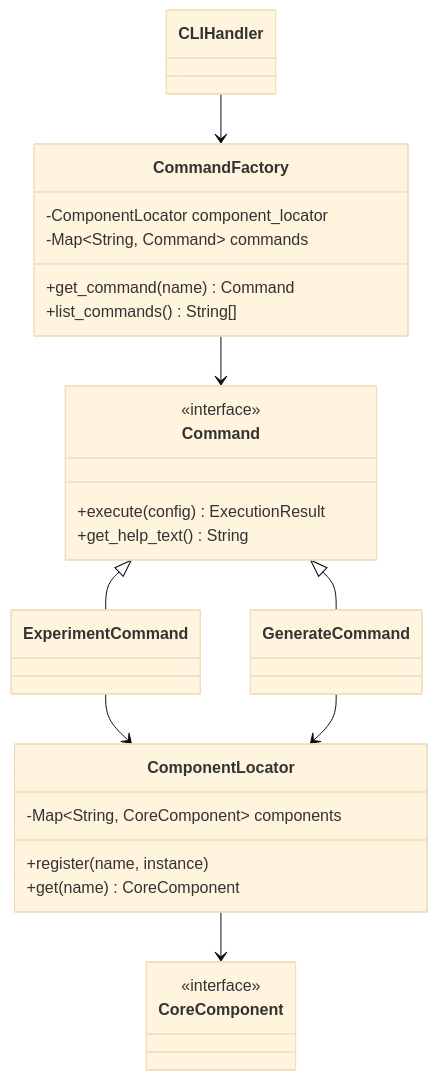
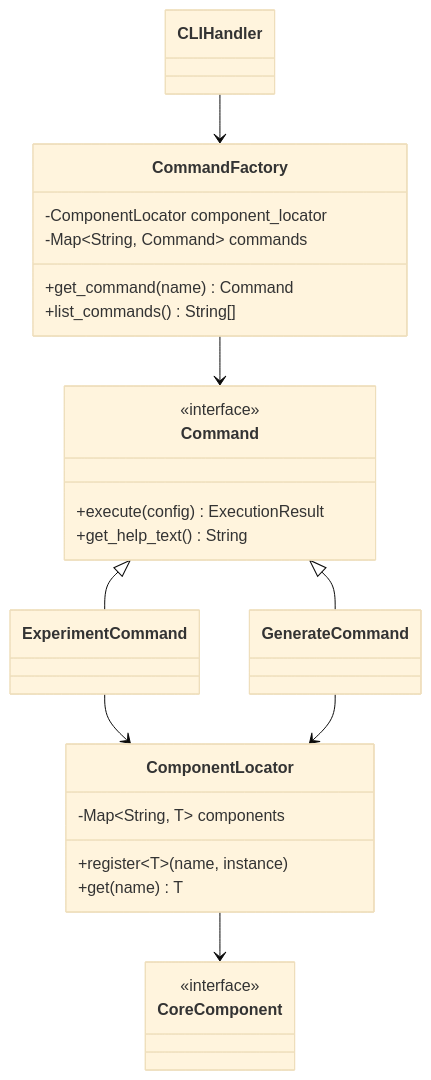
Before and after one commit to FilippoGurioli/test-2-code-llm: the fourth of 7 diagrams in docs/design.md, drawn with Mermaid (base theme). The commit also changed other lines of this file, not shown here.

````diff
--- a/docs/design.md
+++ b/docs/design.md
@@ -137,37 +137,37 @@
 ```mermaid
 classDiagram
     class CommandFactory {
         -ComponentLocator component_locator
         -Map~String, Command~ commands
         +get_command(name) Command
         +list_commands() String[]
     }
     
     class Command {
         <<interface>>
         +execute(config) ExecutionResult
         +get_help_text() String
     }
     
     class GenerateCommand {}
     
     class ExperimentCommand {}
 
     class ComponentLocator {
-        -Map~String, CoreComponent~ components
-        +register(name, instance)
-        +get(name) CoreComponent
+        -Map~String, T~ components
+        +register~T~(name, instance)
+        +get(name) T
     }
 
     class CoreComponent {
         <<interface>>
     }
 
     CLIHandler --> CommandFactory
     CommandFactory --> Command
     Command <|-- GenerateCommand
     Command <|-- ExperimentCommand
     ExperimentCommand --> ComponentLocator
     GenerateCommand --> ComponentLocator
     ComponentLocator --> CoreComponent
 ```
````
